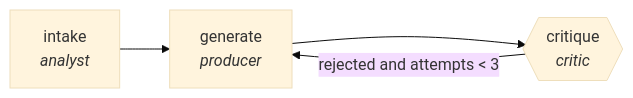
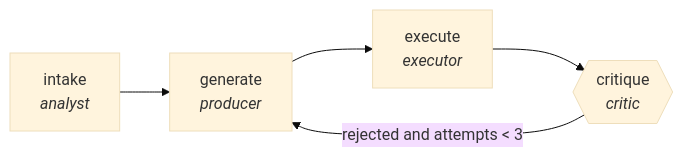
One commit to ypollak2/agenticgraphs changed the diagram in docs/traces/sql-generation-verified.md. Above: the diagram before and after it, drawn with Mermaid (base theme). The commit also changed other lines of this file and 62 other files, not shown here.

````diff
--- a/docs/traces/sql-generation-verified.md
+++ b/docs/traces/sql-generation-verified.md
@@ -10,9 +10,11 @@
 ```mermaid
 flowchart LR
     N0["intake<br/><i>analyst</i>"]
     N1["generate<br/><i>producer</i>"]
-    N2{{"critique<br/><i>critic</i>"}}
+    N2["execute<br/><i>executor</i>"]
+    N3{{"critique<br/><i>critic</i>"}}
     N0 --> N1
     N1 --> N2
-    N2 -->|rejected and attempts < 3| N1
+    N2 --> N3
+    N3 -->|rejected and attempts < 3| N1
 ```
````
